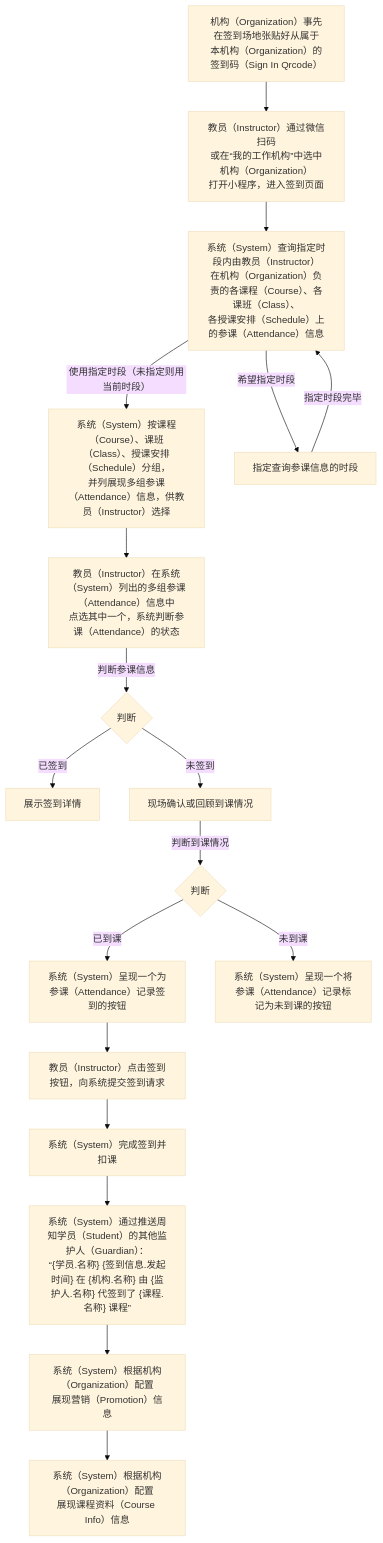
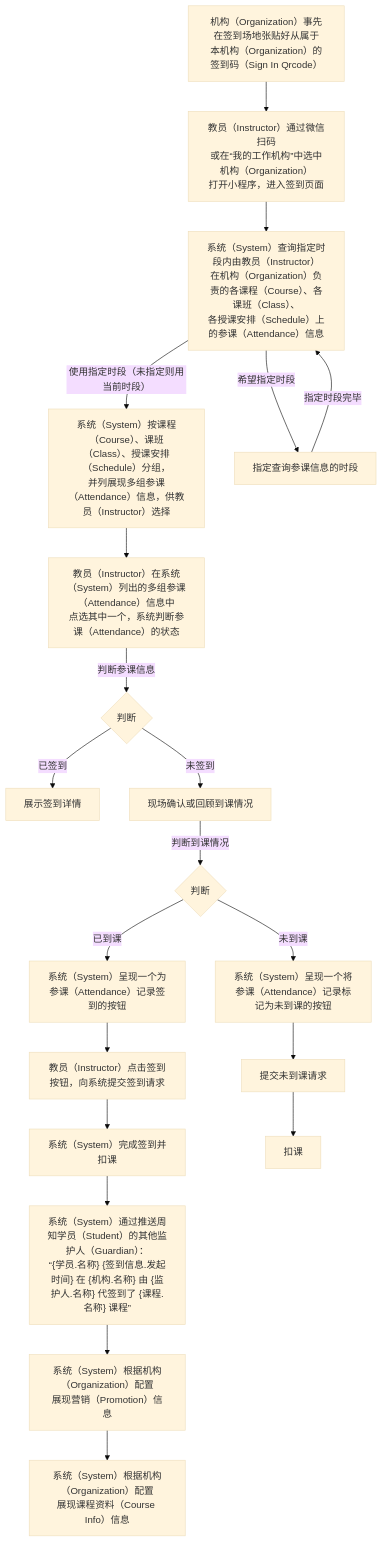
One commit to world-wide-web/sign changed the third of 3 diagrams in 用例/签到.md. Above: the diagram before and after it, drawn with Mermaid (base theme). The commit also changed other lines of this file, not shown here.

````diff
--- a/用例/签到.md
+++ b/用例/签到.md
@@ -82,51 +82,53 @@
 ```mermaid
 graph TD
 
 准备签到码-->扫描签到码
 扫描签到码-->列出负责的授课单元
 列出负责的授课单元--"使用指定时段（未指定则用当前时段）"-->展现授课单元下的参课信息
 列出负责的授课单元--希望指定时段-->指定查询参课信息的时段
 指定查询参课信息的时段--指定时段完毕-->列出负责的授课单元
 展现授课单元下的参课信息-->选择参课信息
 选择参课信息--判断参课信息-->判断参课信息
 判断参课信息--已签到-->展示签到详情
 判断参课信息--未签到-->现场确认或回顾到课情况
 现场确认或回顾到课情况--判断到课情况-->判断到课情况
 判断到课情况--已到课-->呈现签到按钮
 呈现签到按钮-->提交签到请求
 提交签到请求-->签到扣课
 签到扣课-->周知签到情况
 周知签到情况-->展示营销信息
 展示营销信息-->展示课程资料
 判断到课情况--未到课-->呈现未到课按钮
+呈现未到课按钮-->提交未到课请求
+提交未到课请求-->扣课
 
 准备签到码["<center>机构（Organization）事先在签到场地张贴好从属于<br>本机构（Organization）的签到码（Sign In Qrcode）</center>"]
 
 扫描签到码["<center>教员（Instructor）通过微信扫码<br>或在“我的工作机构”中选中机构（Organization）<br>打开小程序，进入签到页面</center>"]
 
 列出负责的授课单元["<center>系统（System）查询指定时段内由教员（Instructor）<br>在机构（Organization）负责的各课程（Course）、各课班（Class）、<br>各授课安排（Schedule）上的参课（Attendance）信息"]
 
 指定查询参课信息的时段
 
 展现授课单元下的参课信息["<center>系统（System）按课程（Course）、课班（Class）、授课安排（Schedule）分组，<br>并列展现多组参课（Attendance）信息，供教员（Instructor）选择</center>"]
 
 选择参课信息["<center>教员（Instructor）在系统（System）列出的多组参课（Attendance）信息中<br>点选其中一个，系统判断参课（Attendance）的状态</center>"]
 
 判断参课信息{"<center>判断</center>"}
 
 判断到课情况{"<center>判断</center>"}
 
 呈现签到按钮["<center>系统（System）呈现一个为参课（Attendance）记录签到的按钮</center>"]
 
 提交签到请求["<center>教员（Instructor）点击签到按钮，向系统提交签到请求</center>"]
 
 签到扣课["<center>系统（System）完成签到并扣课</center>"]
 
 周知签到情况["<center>系统（System）通过推送周知学员（Student）的其他监护人（Guardian）：<br>“{学员.名称} {签到信息.发起时间} 在 {机构.名称} 由 {监护人.名称} 代签到了 {课程.名称} 课程”</center>"]
 
 展示营销信息["<center>系统（System）根据机构（Organization）配置<br>展现营销（Promotion）信息</center>"]
 
 展示课程资料["<center>系统（System）根据机构（Organization）配置<br>展现课程资料（Course Info）信息</center>"]
 
 呈现未到课按钮["<center>系统（System）呈现一个将参课（Attendance）记录标记为未到课的按钮</center>"]
 ```
````
